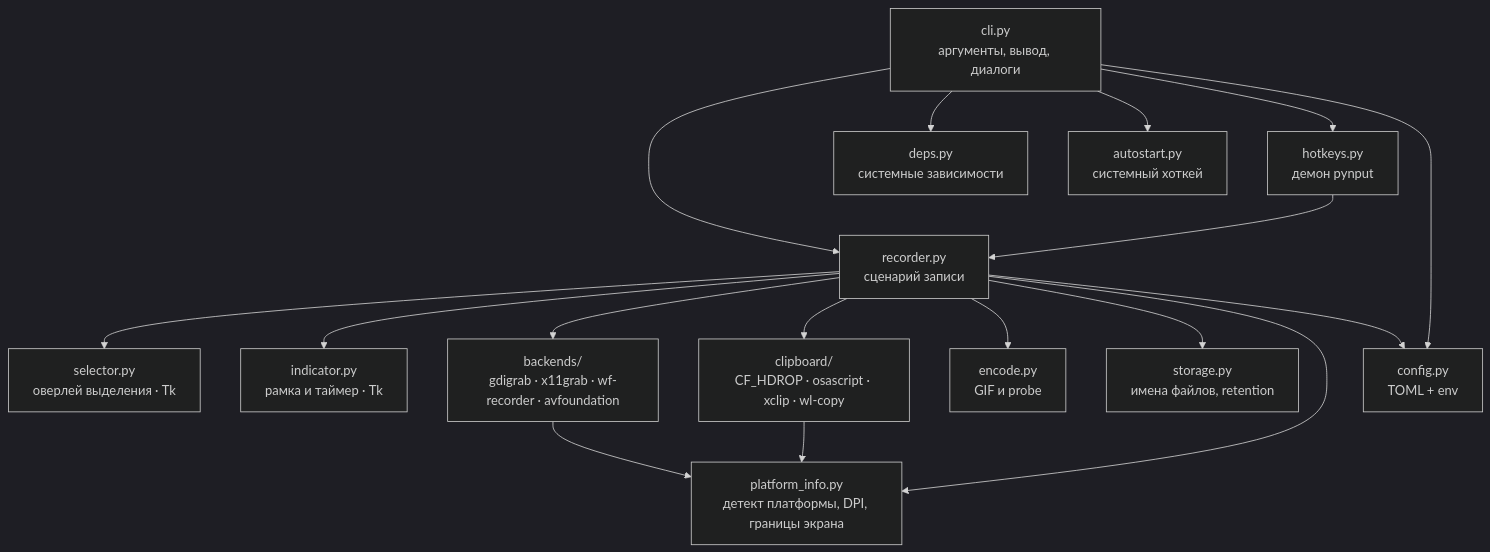
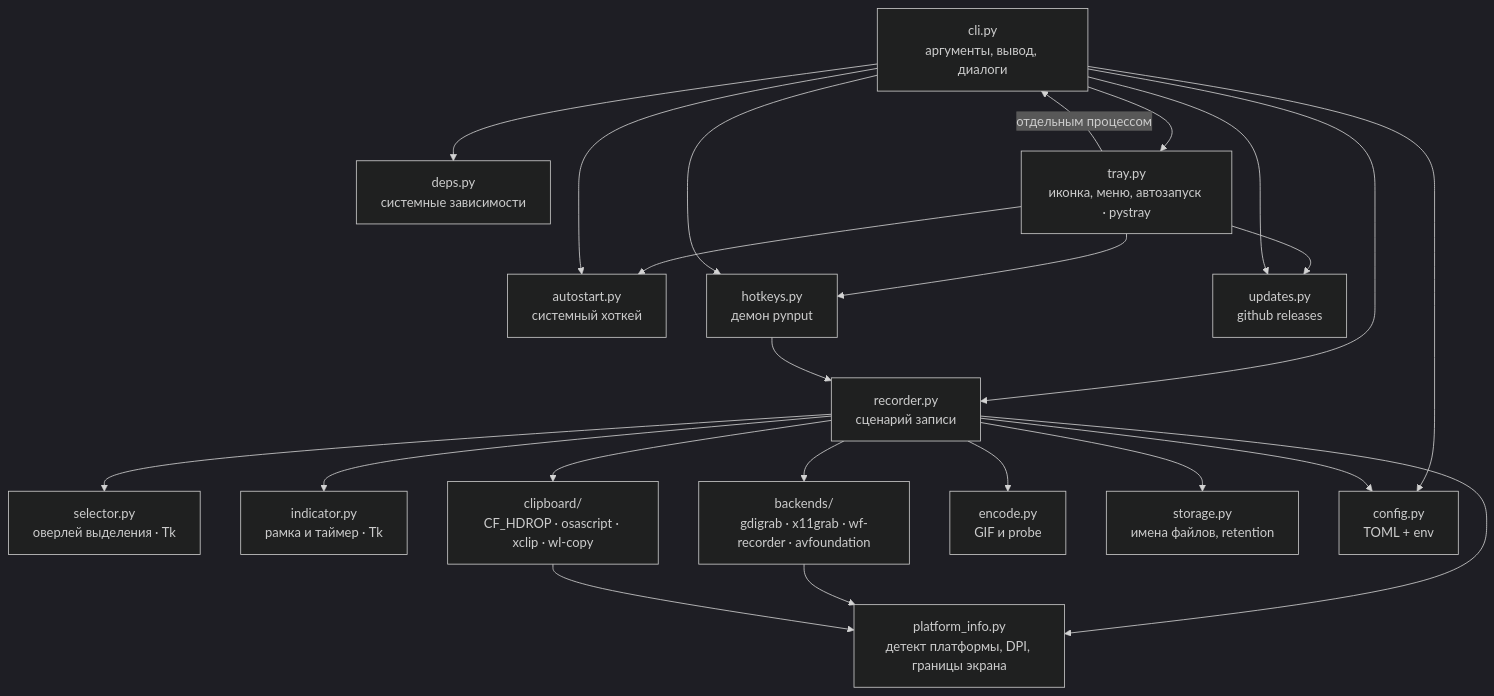
One commit to elementary1997/snapreel changed the second of 4 diagrams in docs/architecture.md. Above: the diagram before and after it, drawn with Mermaid (dark theme). The commit also changed other lines of this file and 23 other files, not shown here.

````diff
--- a/docs/architecture.md
+++ b/docs/architecture.md
@@ -37,33 +40,41 @@
 ```mermaid
 graph TD
     cli[cli.py<br/>аргументы, вывод, диалоги]
     rec[recorder.py<br/>сценарий записи]
     sel[selector.py<br/>оверлей выделения · Tk]
     ind[indicator.py<br/>рамка и таймер · Tk]
     back[backends/<br/>gdigrab · x11grab · wf-recorder · avfoundation]
     clip[clipboard/<br/>CF_HDROP · osascript · xclip · wl-copy]
     enc[encode.py<br/>GIF и probe]
     store[storage.py<br/>имена файлов, retention]
     cfg[config.py<br/>TOML + env]
     plat[platform_info.py<br/>детект платформы, DPI, границы экрана]
     deps[deps.py<br/>системные зависимости]
     auto[autostart.py<br/>системный хоткей]
     daemon[hotkeys.py<br/>демон pynput]
+    tray[tray.py<br/>иконка, меню, автозапуск · pystray]
+    upd[updates.py<br/>github releases]
 
+    cli --> tray
+    tray -->|отдельным процессом| cli
+    tray --> daemon
+    tray --> upd
+    tray --> auto
+    cli --> upd
     cli --> rec
     cli --> deps
     cli --> auto
     cli --> daemon
     daemon --> rec
     rec --> sel
     rec --> ind
     rec --> back
     rec --> clip
     rec --> enc
     rec --> store
     rec --> plat
     back --> plat
     clip --> plat
     cli --> cfg
     rec --> cfg
 ```
````
